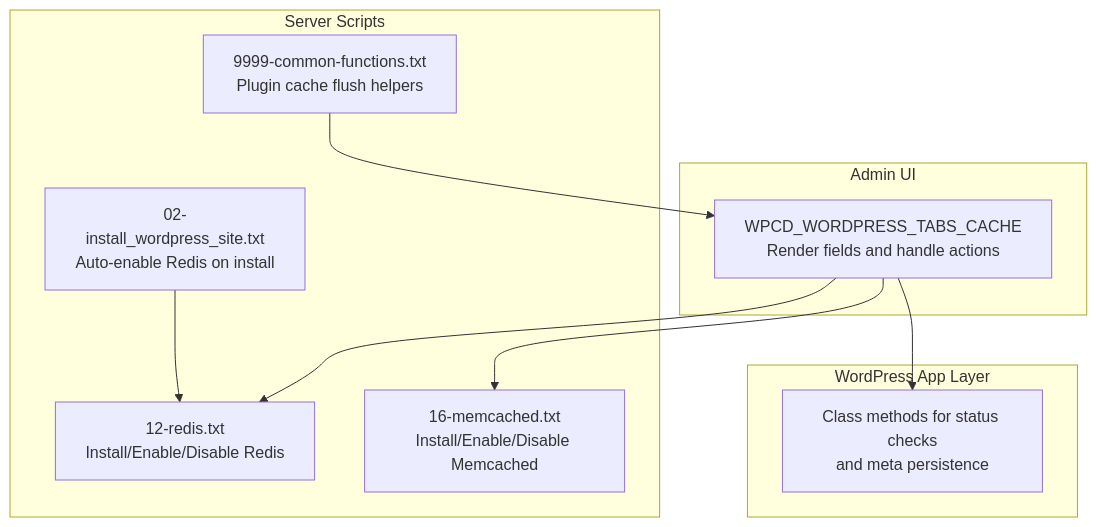
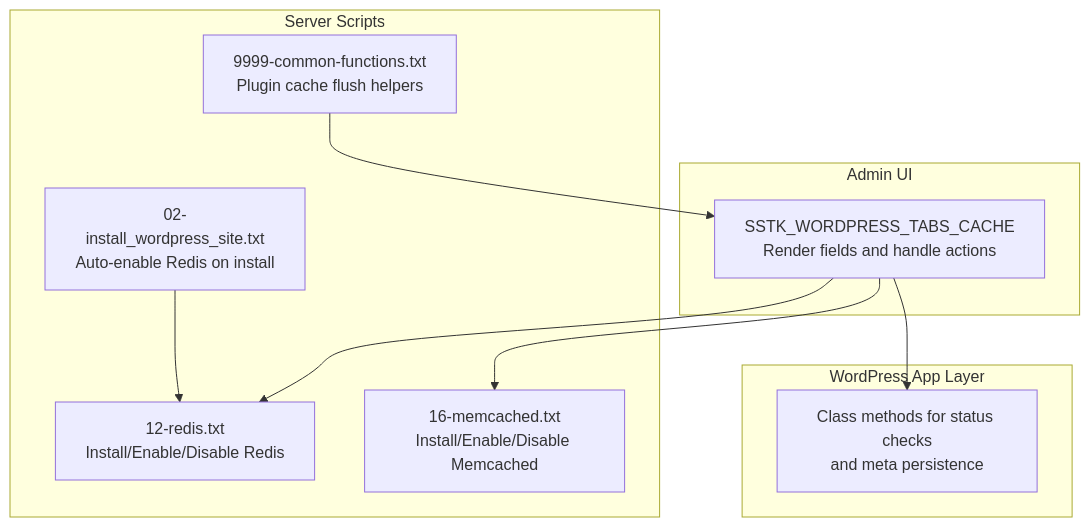
The first of 6 diagrams in .qoder/repowiki/en/content/Operational Tools/Performance Optimization Tools/Caching Systems/WordPress Object Cache.md (onedogsolutions/simple-stack), drawn with Mermaid before and after one commit. The commit also changed other lines of this file and 5941 other files, not shown here.

````diff
--- a/.qoder/repowiki/en/content/Operational Tools/Performance Optimization Tools/Caching Systems/WordPress Object Cache.md
+++ b/.qoder/repowiki/en/content/Operational Tools/Performance Optimization Tools/Caching Systems/WordPress Object Cache.md
@@ -40,20 +40,20 @@
 ```mermaid
 graph TB
 subgraph "Admin UI"
-UI["WPCD_WORDPRESS_TABS_CACHE<br/>Render fields and handle actions"]
+UI["SSTK_WORDPRESS_TABS_CACHE<br/>Render fields and handle actions"]
 end
 subgraph "WordPress App Layer"
 APP["Class methods for status checks<br/>and meta persistence"]
 end
 subgraph "Server Scripts"
 REDIS["12-redis.txt<br/>Install/Enable/Disable Redis"]
 MEMC["16-memcached.txt<br/>Install/Enable/Disable Memcached"]
 INSTALL["02-install_wordpress_site.txt<br/>Auto-enable Redis on install"]
 COMMON["9999-common-functions.txt<br/>Plugin cache flush helpers"]
 end
 UI --> APP
 UI --> REDIS
 UI --> MEMC
 INSTALL --> REDIS
 COMMON --> UI
 ```
````
